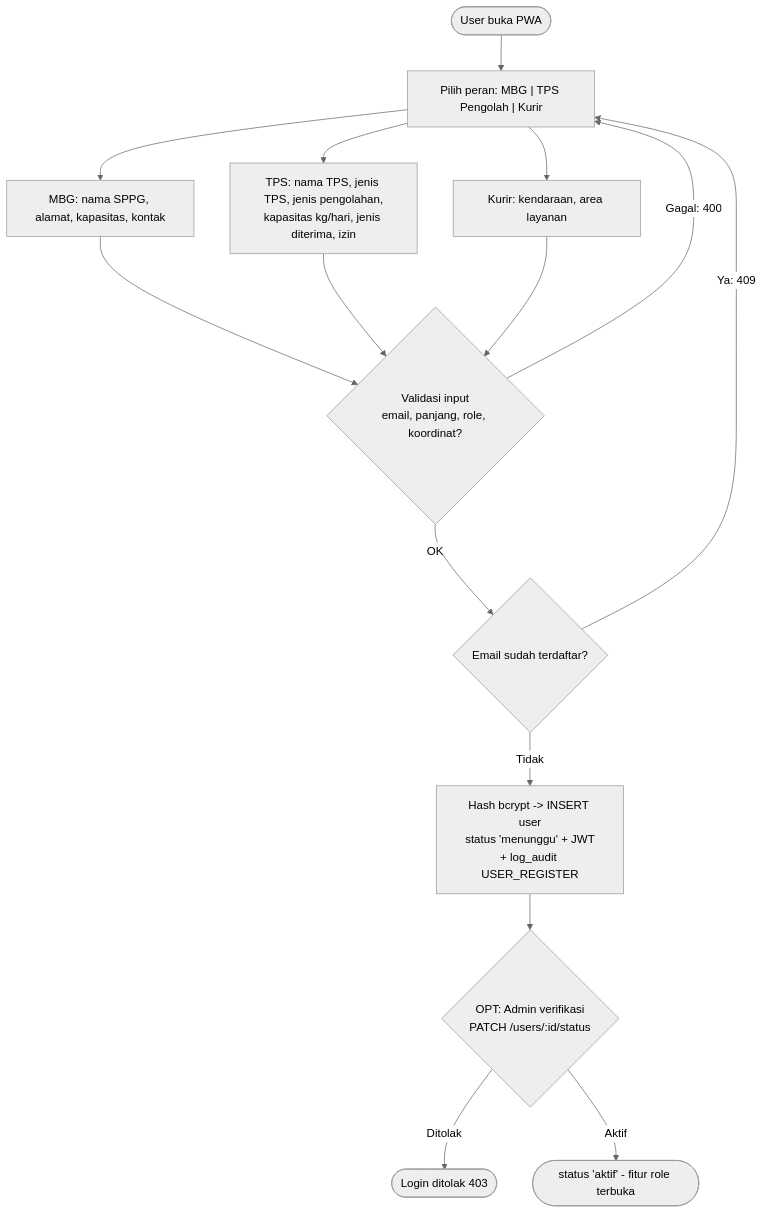
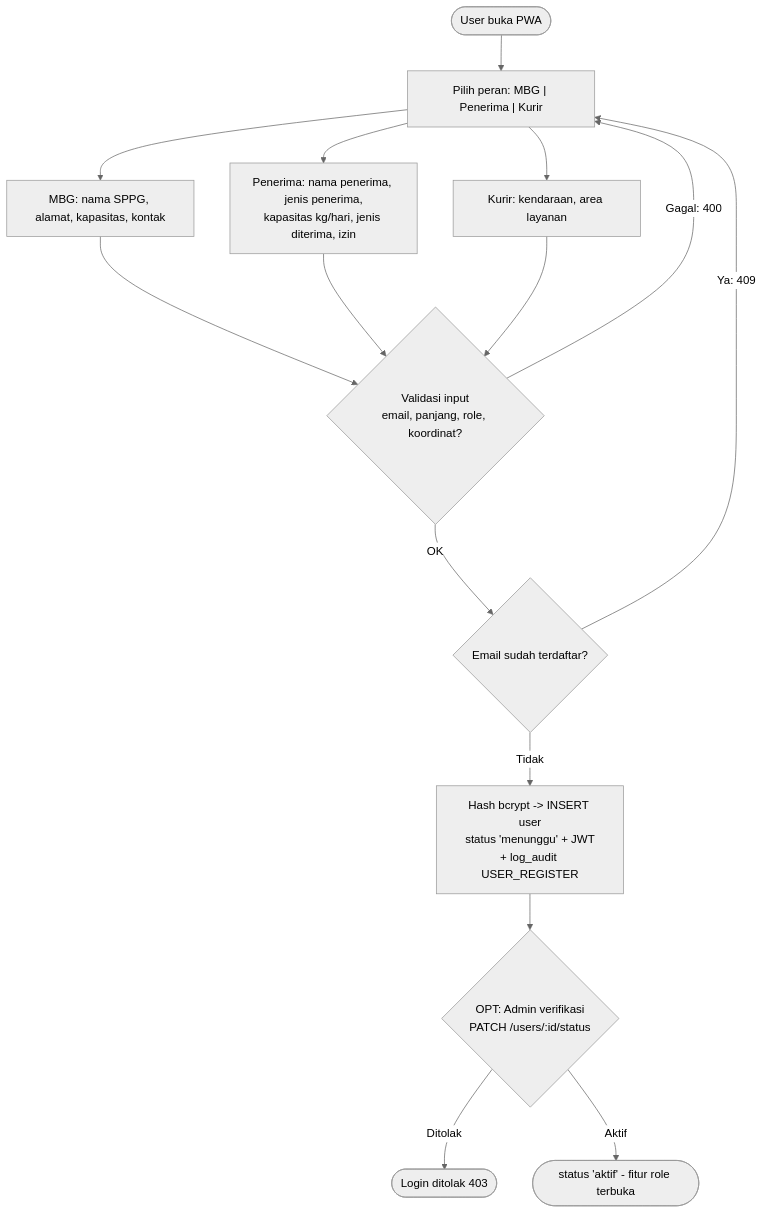
The fifth of 10 diagrams in docs/arsitektur/Dokumen_Arsitektur_Sistem_EcoMatch_v2.0.md (naylaaurellia18-web/ecomatch), drawn with Mermaid (neutral theme) before and after one commit. The commit also changed other lines of this file and 110 other files, not shown here.

First line of the commit message:
feat(revisi): penyaluran sisa makanan MBG ke Penerima (kelayakan layak->panti/yayasan, tidak layak->peternakan)

````diff
--- a/docs/arsitektur/Dokumen_Arsitektur_Sistem_EcoMatch_v2.0.md
+++ b/docs/arsitektur/Dokumen_Arsitektur_Sistem_EcoMatch_v2.0.md
@@ -217,18 +217,18 @@
 ```mermaid
 flowchart TD
-    Start([User buka PWA]) --> A["Pilih peran: MBG | TPS Pengolah | Kurir"]
+    Start([User buka PWA]) --> A["Pilih peran: MBG | Penerima | Kurir"]
     A --> B1["MBG: nama SPPG, alamat, kapasitas, kontak"]
-    A --> B2["TPS: nama TPS, jenis TPS, jenis pengolahan,<br/>kapasitas kg/hari, jenis diterima, izin"]
+    A --> B2["Penerima: nama penerima, jenis penerima,<br/>kapasitas kg/hari, jenis diterima, izin"]
     A --> B3["Kurir: kendaraan, area layanan"]
     B1 --> C
     B2 --> C
     B3 --> C
     C{"Validasi input<br/>email, panjang, role, koordinat?"}
     C -->|Gagal: 400| A
     C -->|OK| D{"Email sudah terdaftar?"}
     D -->|Ya: 409| A
     D -->|Tidak| E["Hash bcrypt -> INSERT user<br/>status 'menunggu' + JWT<br/>+ log_audit USER_REGISTER"]
     E --> F{"OPT: Admin verifikasi<br/>PATCH /users/:id/status"}
     F -->|Ditolak| G([Login ditolak 403])
     F -->|Aktif| H([status 'aktif' - fitur role terbuka])
 ```
````
